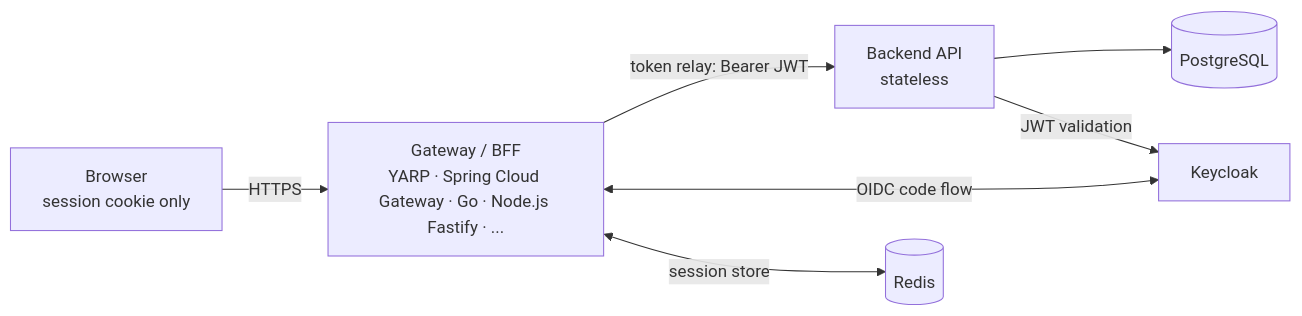
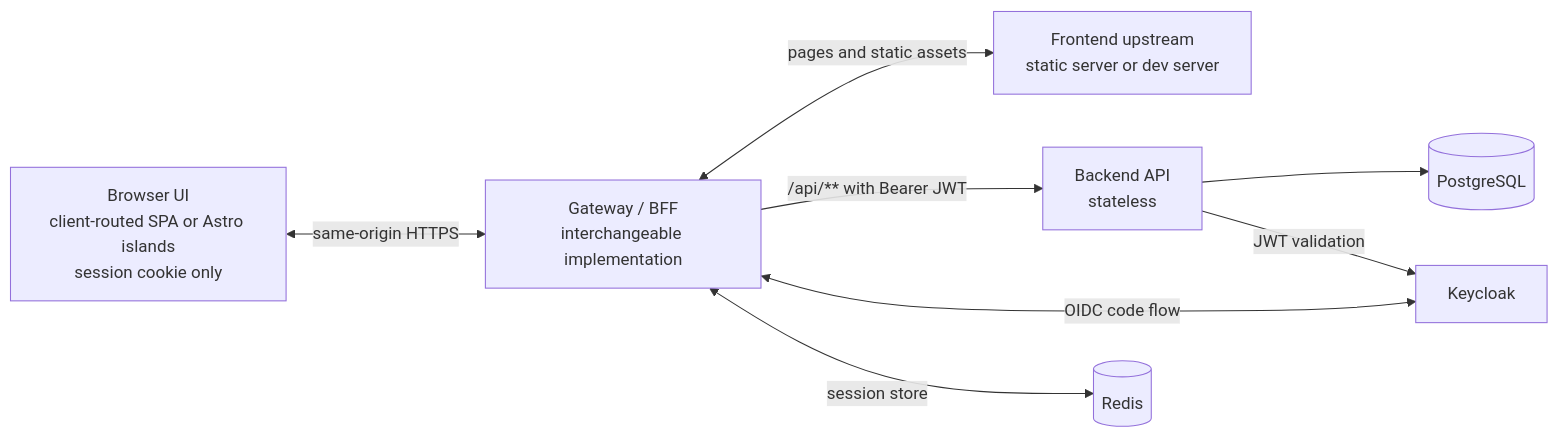
One commit to kamkie/stackverse changed the diagram in README.md. Above: the diagram before and after it, drawn with Mermaid.

Commit message:
docs: refresh architecture diagram

````diff
--- a/README.md
+++ b/README.md
@@ -47,9 +47,10 @@
 ```mermaid
 flowchart LR
-    B[Browser<br/>session cookie only] -->|HTTPS| G[Gateway / BFF<br/>YARP · Spring Cloud Gateway · Go · Node.js Fastify · ...]
-    G -->|token relay: Bearer JWT| A[Backend API<br/>stateless]
+    B[Browser UI<br/>client-routed SPA or Astro islands<br/>session cookie only] <-->|same-origin HTTPS| G[Gateway / BFF<br/>interchangeable implementation]
+    G <-->|pages and static assets| F[Frontend upstream<br/>static server or dev server]
+    G -->|/api/** with Bearer JWT| A[Backend API<br/>stateless]
     G <-->|OIDC code flow| K[Keycloak]
     G <-->|session store| R[(Redis)]
     A --> P[(PostgreSQL)]
     A -->|JWT validation| K
 ```
````
